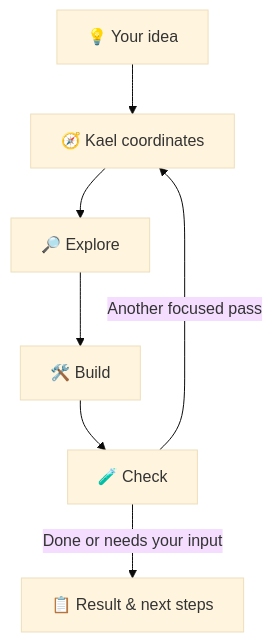
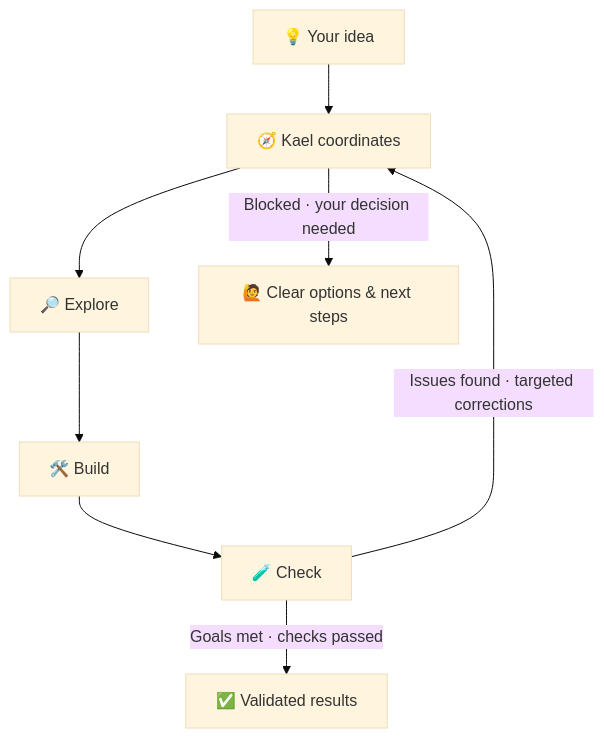
The diagram in README.md (Edulynch/OpenCode-OlympusAgents), drawn with Mermaid (base theme) before and after one commit.

Commit message:
docs: make iteration and completion labels evidence-driven

````diff
--- a/README.md
+++ b/README.md
@@ -62,9 +62,10 @@
 ```mermaid
 flowchart TD
     A["💡 Your idea"] --> B["🧭 Kael coordinates"]
     B --> C["🔎 Explore"]
     C --> D["🛠️ Build"]
     D --> E["🧪 Check"]
-    E -->|Another focused pass| B
-    E -->|Done or needs your input| F["📋 Result & next steps"]
+    E -->|"Issues found · targeted corrections"| B
+    E -->|"Goals met · checks passed"| F["✅ Validated results"]
+    B -->|"Blocked · your decision needed"| G["🙋 Clear options & next steps"]
 ```
````
